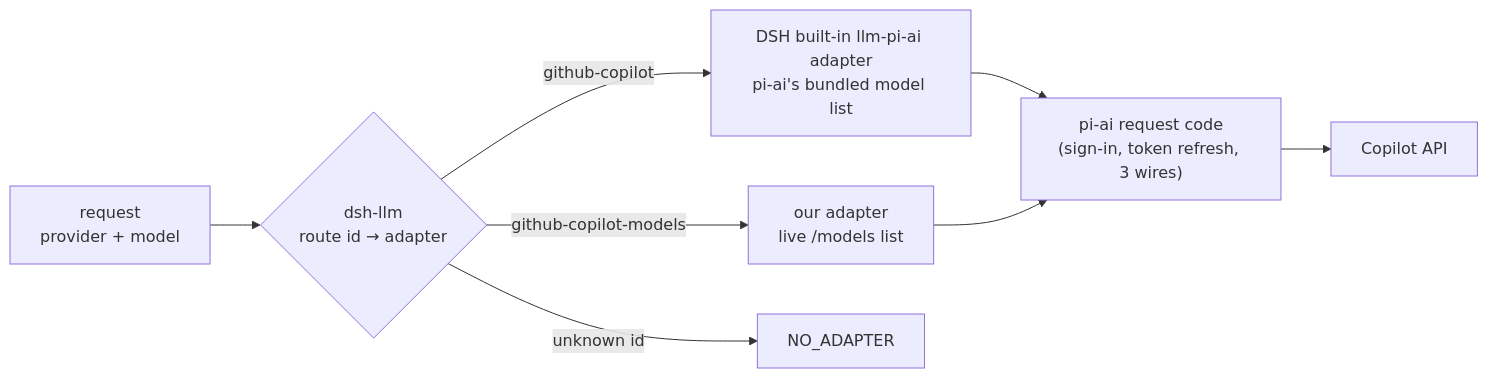
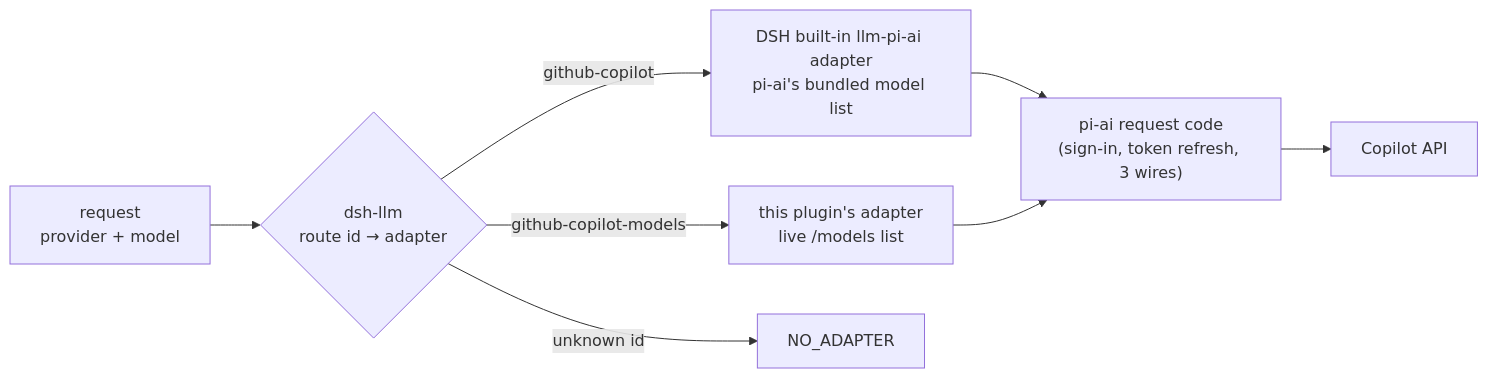
One commit to NangWeiLun/dsh-github-copilot-models changed the diagram in docs/design/overview.md. Above: the diagram before and after it, drawn with Mermaid. The commit also changed other lines of this file and 16 other files, not shown here.

````diff
--- a/docs/design/overview.md
+++ b/docs/design/overview.md
@@ -62,10 +62,10 @@
 ```mermaid
 flowchart LR
     R["request<br/>provider + model"] --> T{"dsh-llm<br/>route id → adapter"}
     T -->|"github-copilot"| B["DSH built-in llm-pi-ai adapter<br/>pi-ai's bundled model list"]
-    T -->|"github-copilot-models"| O["our adapter<br/>live /models list"]
+    T -->|"github-copilot-models"| O["this plugin's adapter<br/>live /models list"]
     T -->|"unknown id"| E["NO_ADAPTER"]
     B --> P["pi-ai request code<br/>(sign-in, token refresh, 3 wires)"]
     O --> P
     P --> API["Copilot API"]
 ```
````
